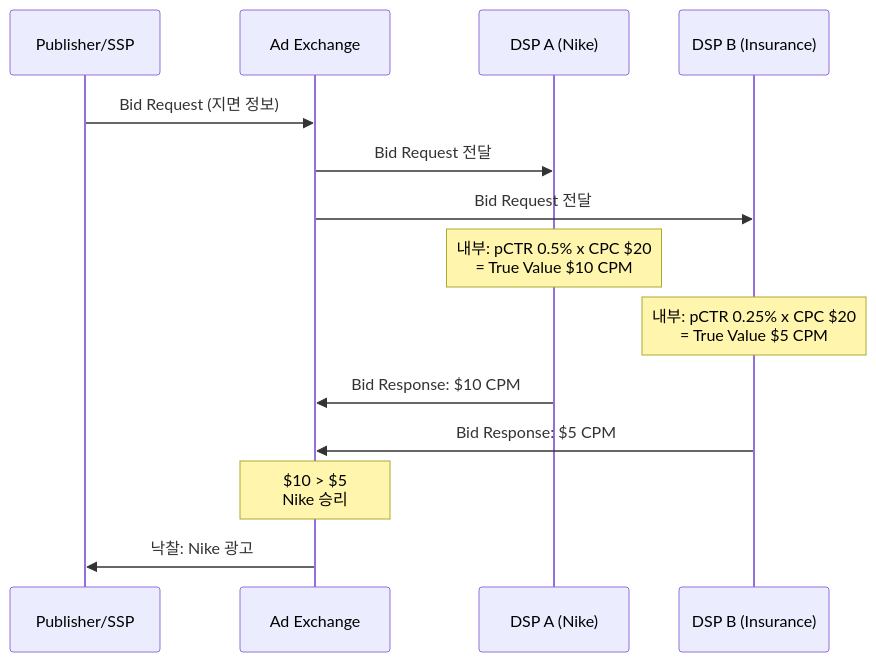
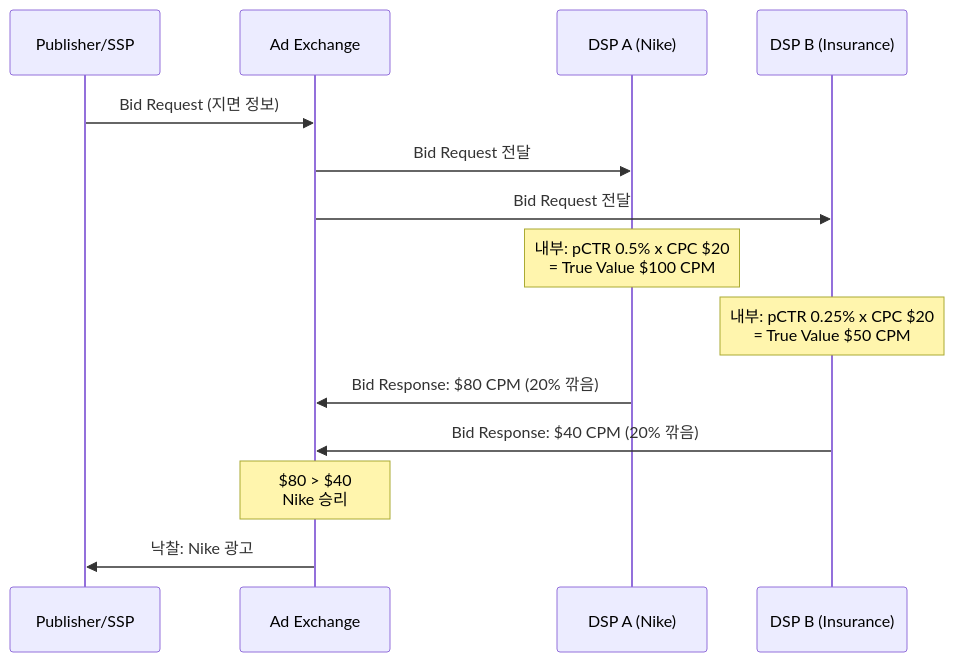
One commit to chkimsu/adtech-blog changed the third of 4 diagrams in posts/ecpm-ranking.md. Above: the diagram before and after it, drawn with Mermaid. The commit also changed other lines of this file and 6 other files, not shown here.

````diff
--- a/posts/ecpm-ranking.md
+++ b/posts/ecpm-ranking.md
@@ -171,21 +171,21 @@
 ```mermaid
 sequenceDiagram
     participant PUB as Publisher/SSP
     participant EX as Ad Exchange
     participant DSP_A as DSP A (Nike)
     participant DSP_B as DSP B (Insurance)
 
     PUB->>EX: Bid Request (지면 정보)
     EX->>DSP_A: Bid Request 전달
     EX->>DSP_B: Bid Request 전달
 
-    Note over DSP_A: 내부: pCTR 0.5% x CPC $20<br/>= True Value $10 CPM
-    Note over DSP_B: 내부: pCTR 0.25% x CPC $20<br/>= True Value $5 CPM
+    Note over DSP_A: 내부: pCTR 0.5% x CPC $20<br/>= True Value $100 CPM
+    Note over DSP_B: 내부: pCTR 0.25% x CPC $20<br/>= True Value $50 CPM
 
-    DSP_A->>EX: Bid Response: $10 CPM
-    DSP_B->>EX: Bid Response: $5 CPM
+    DSP_A->>EX: Bid Response: $80 CPM (20% 깎음)
+    DSP_B->>EX: Bid Response: $40 CPM (20% 깎음)
 
-    Note over EX: $10 > $5<br/>Nike 승리
+    Note over EX: $80 > $40<br/>Nike 승리
 
     EX->>PUB: 낙찰: Nike 광고
 ```
````
